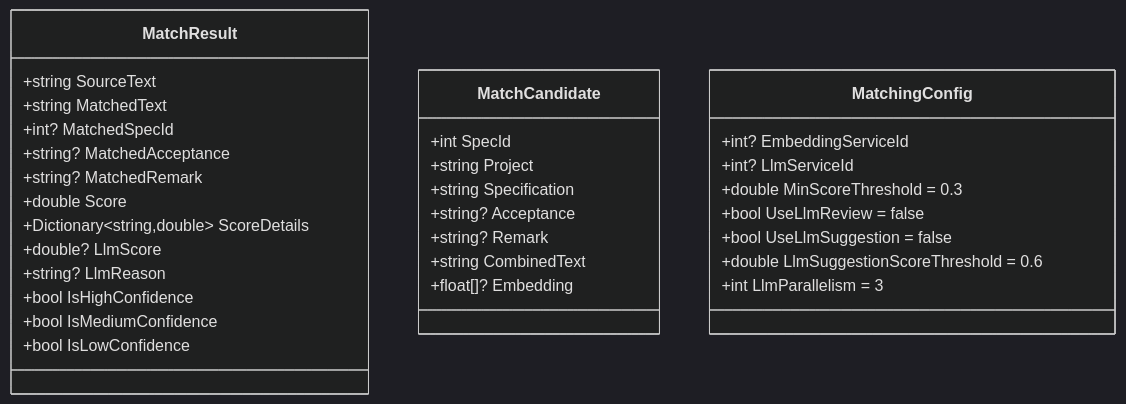
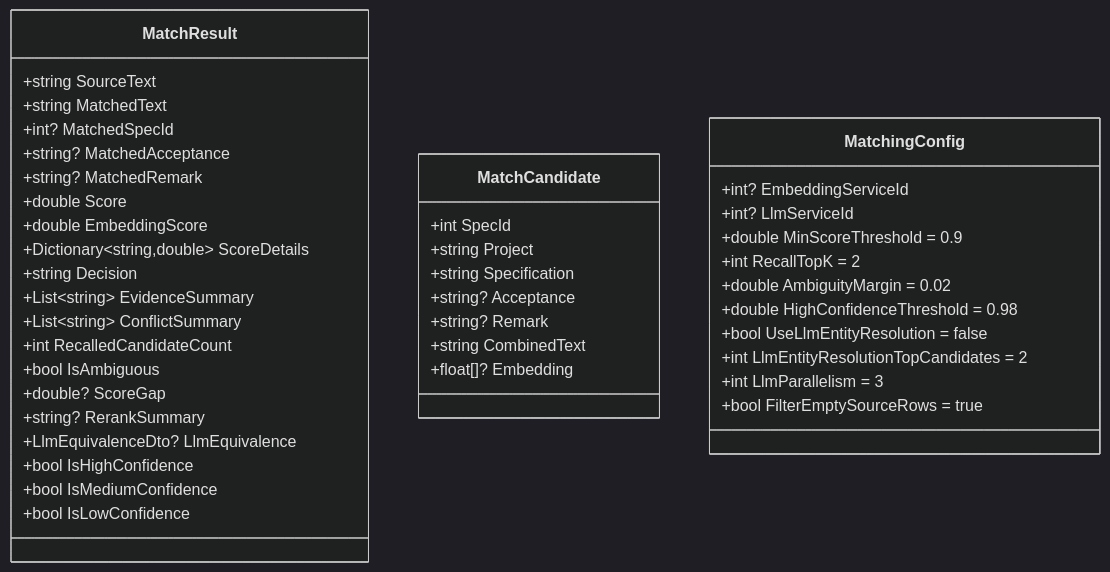
Before and after one commit to xiaocaiisxiaocai/AcceptanceSpecRecognition: the eighth of 28 diagrams in docs/design-overview.md, drawn with Mermaid (dark theme). The commit also changed other lines of this file and 255 other files, not shown here.

````diff
--- a/docs/design-overview.md
+++ b/docs/design-overview.md
@@ -299,37 +292,47 @@
 ```mermaid
 classDiagram
     class MatchResult {
         +string SourceText
         +string MatchedText
         +int? MatchedSpecId
         +string? MatchedAcceptance
         +string? MatchedRemark
         +double Score
+        +double EmbeddingScore
         +Dictionary~string,double~ ScoreDetails
-        +double? LlmScore
-        +string? LlmReason
+        +string Decision
+        +List~string~ EvidenceSummary
+        +List~string~ ConflictSummary
+        +int RecalledCandidateCount
+        +bool IsAmbiguous
+        +double? ScoreGap
+        +string? RerankSummary
+        +LlmEquivalenceDto? LlmEquivalence
         +bool IsHighConfidence
         +bool IsMediumConfidence
         +bool IsLowConfidence
     }
 
     class MatchCandidate {
         +int SpecId
         +string Project
         +string Specification
         +string? Acceptance
         +string? Remark
         +string CombinedText
         +float[]? Embedding
     }
 
     class MatchingConfig {
         +int? EmbeddingServiceId
         +int? LlmServiceId
-        +double MinScoreThreshold = 0.3
-        +bool UseLlmReview = false
-        +bool UseLlmSuggestion = false
-        +double LlmSuggestionScoreThreshold = 0.6
+        +double MinScoreThreshold = 0.9
+        +int RecallTopK = 2
+        +double AmbiguityMargin = 0.02
+        +double HighConfidenceThreshold = 0.98
+        +bool UseLlmEntityResolution = false
+        +int LlmEntityResolutionTopCandidates = 2
         +int LlmParallelism = 3
+        +bool FilterEmptySourceRows = true
     }
 ```
````
